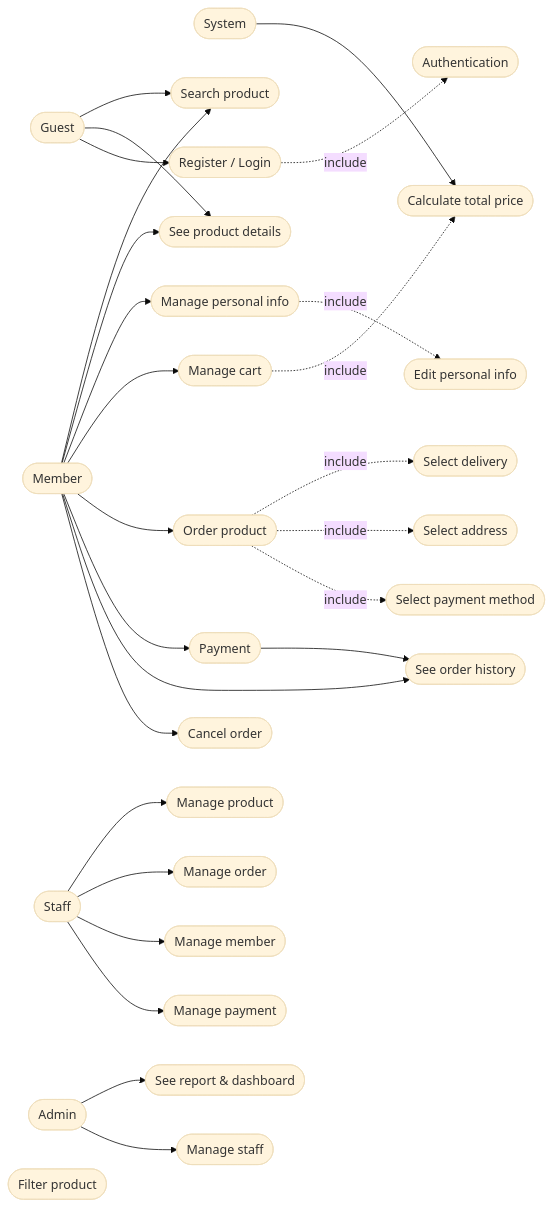
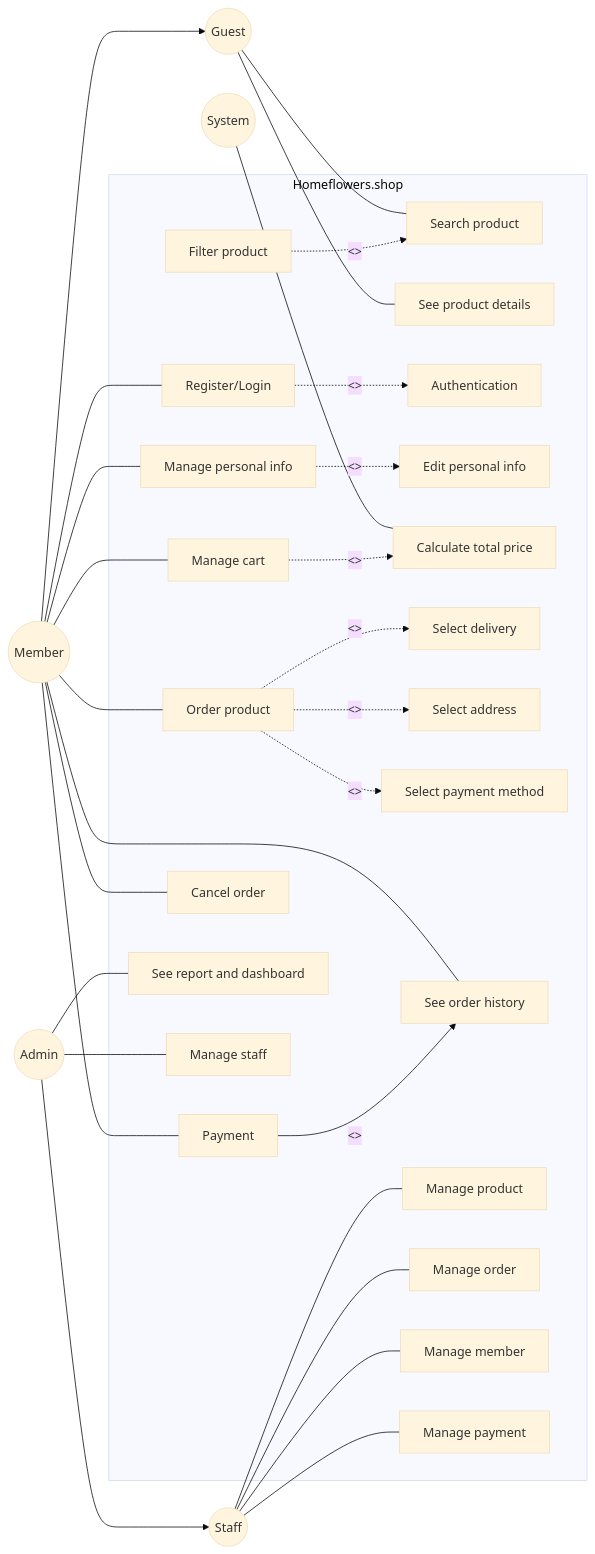
Before and after one commit to miotar4/Homeflowers.shop: the first of 11 diagrams in README.md, drawn with Mermaid (base theme). The commit also changed other lines of this file, not shown here.

````diff
--- a/README.md
+++ b/README.md
@@ -140,70 +140,76 @@
 ```mermaid
+
 flowchart LR
+    %% Actors
+    Guest(("Guest"))
+    Member(("Member"))
+    Staff(("Staff"))
+    Admin(("Admin"))
+    System(("System"))
 
-%% Actors
-Guest([Guest])
-Member([Member])
-Staff([Staff])
-Admin([Admin])
-System([System])
+    subgraph Homeflowers.shop["Homeflowers.shop"]
+        UC_Search["Search product"]
+        UC_Filter["Filter product"]
+        UC_Details["See product details"]
+        UC_Auth["Authentication"]
+        UC_RegLog["Register/Login"]
+        UC_ManagePersonal["Manage personal info"]
+        UC_EditPersonal["Edit personal info"]
+        UC_ManageCart["Manage cart"]
+        UC_CalcPrice["Calculate total price"]
+        UC_Order["Order product"]
+        UC_SelDelivery["Select delivery"]
+        UC_SelAddress["Select address"]
+        UC_SelPayment["Select payment method"]
+        UC_Payment["Payment"]
+        UC_OrderHistory["See order history"]
+        UC_CancelOrder["Cancel order"]
+        
+        UC_ManageProd["Manage product"]
+        UC_ManageOrder["Manage order"]
+        UC_ManageMember["Manage member"]
+        UC_ManagePay["Manage payment"]
+        UC_ReportDash["See report and dashboard"]
+        UC_ManageStaff["Manage staff"]
+    end
 
-%% Use Cases
-Search([Search product])
-Filter([Filter product])
-Detail([See product details])
-Login([Register / Login])
-Auth([Authentication])
-Profile([Manage personal info])
-Edit([Edit personal info])
-Cart([Manage cart])
-Total([Calculate total price])
-Order([Order product])
-Delivery([Select delivery])
-Address([Select address])
-PaymentMethod([Select payment method])
-Payment([Payment])
-History([See order history])
-Cancel([Cancel order])
+    %% Actor Relationships
+    Member --> Guest
+    Admin --> Staff
 
-ManageProduct([Manage product])
-ManageOrder([Manage order])
-ManageMember([Manage member])
-ManagePayment([Manage payment])
+    %% Guest Interactions
+    Guest --- UC_Search
+    Guest --- UC_Details
 
-Report([See report & dashboard])
-ManageStaff([Manage staff])
+    %% Member Interactions
+    Member --- UC_RegLog
+    Member --- UC_ManagePersonal
+    Member --- UC_ManageCart
+    Member --- UC_Order
+    Member --- UC_Payment
+    Member --- UC_OrderHistory
+    Member --- UC_CancelOrder
 
-%% Relations
-Guest --> Search
-Guest --> Detail
-Guest --> Login
+    %% Staff Interactions
+    Staff --- UC_ManageProd
+    Staff --- UC_ManageOrder
+    Staff --- UC_ManageMember
+    Staff --- UC_ManagePay
 
-Member --> Search
-Member --> Detail
-Member --> Profile
-Member --> Cart
-Member --> Order
-Member --> Payment
-Member --> History
-Member --> Cancel
+    %% Admin Interactions
+    Admin --- UC_ReportDash
+    Admin --- UC_ManageStaff
 
-Login -. include .-> Auth
-Profile -. include .-> Edit
-Cart -. include .-> Total
+    %% System Interactions
+    System --- UC_CalcPrice
 
-Order -. include .-> Delivery
-Order -. include .-> Address
-Order -. include .-> PaymentMethod
-
-Payment --> History
-
-Staff --> ManageProduct
-Staff --> ManageOrder
-Staff --> ManageMember
-Staff --> ManagePayment
-
-Admin --> Report
-Admin --> ManageStaff
-
-System --> Total
+    %% Use Case Relationships
+    UC_Filter .->|"<<extend>>"| UC_Search
+    UC_RegLog .->|"<<include>>"| UC_Auth
+    UC_ManagePersonal .->|"<<include>>"| UC_EditPersonal
+    UC_ManageCart .->|"<<include>>"| UC_CalcPrice
+    UC_Order .->|"<<include>>"| UC_SelDelivery
+    UC_Order .->|"<<include>>"| UC_SelAddress
+    UC_Order .->|"<<include>>"| UC_SelPayment
+    UC_Payment -->|"<<include>>"| UC_OrderHistory
 ```
````
